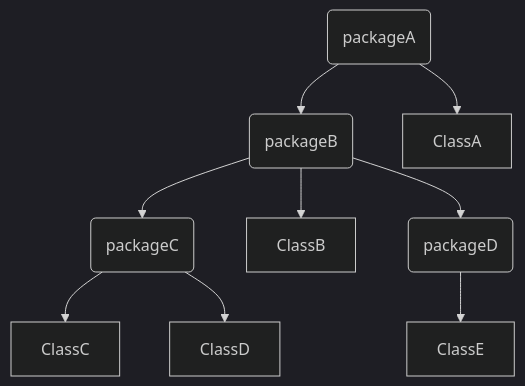
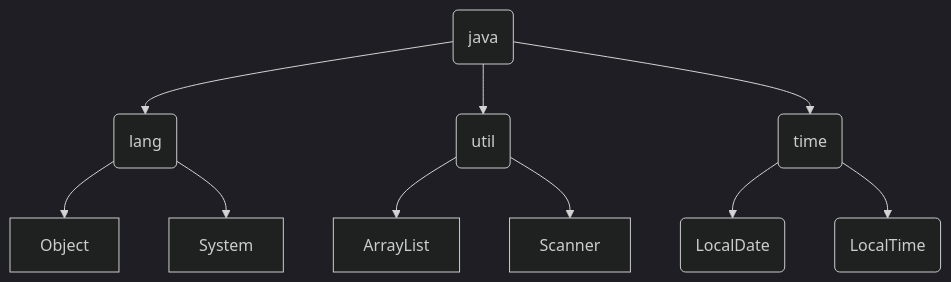
One commit to jappuccini/java-docs changed the diagram in docs/documentation/class-structure.md. Above: the diagram before and after it, drawn with Mermaid (dark theme).

````diff
--- a/docs/documentation/class-structure.md
+++ b/docs/documentation/class-structure.md
@@ -132,11 +132,12 @@
 ```mermaid
 flowchart
-    pA(packageA) --> pB(packageB)
-    pA --> cA[ClassA]
-    pB --> pC(packageC)
-    pB --> cB[ClassB]
-    pB --> pD(packageD)
-    pC --> cC[ClassC]
-    pC --> cD[ClassD]
-    pD --> cE[ClassE]
+    java(java) --> lang(lang)
+    java --> util(util)
+    java --> time(time)
+    lang --> object[Object]
+    lang --> system[System]
+    util --> arraylist[ArrayList]
+    util --> scanner[Scanner]
+    time --> localdate(LocalDate)
+    time --> localtime(LocalTime)
 ```
````
